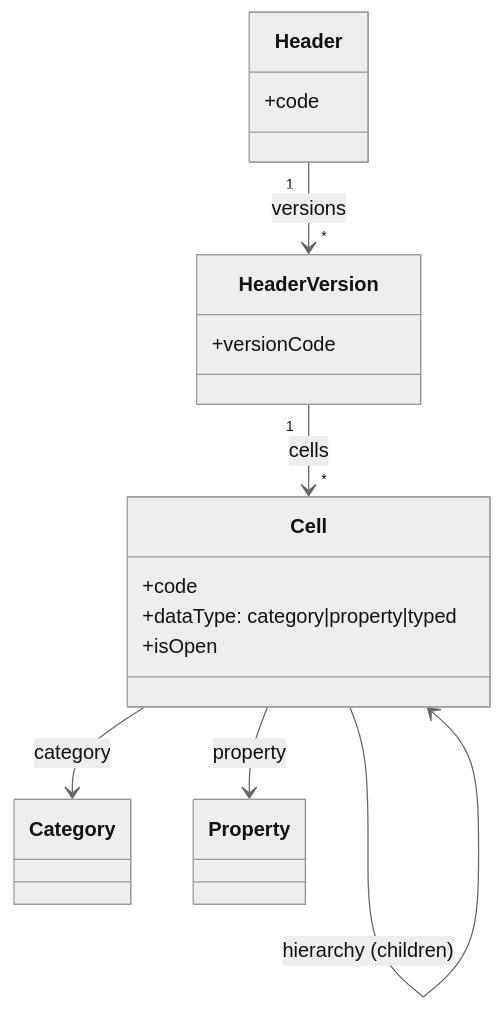
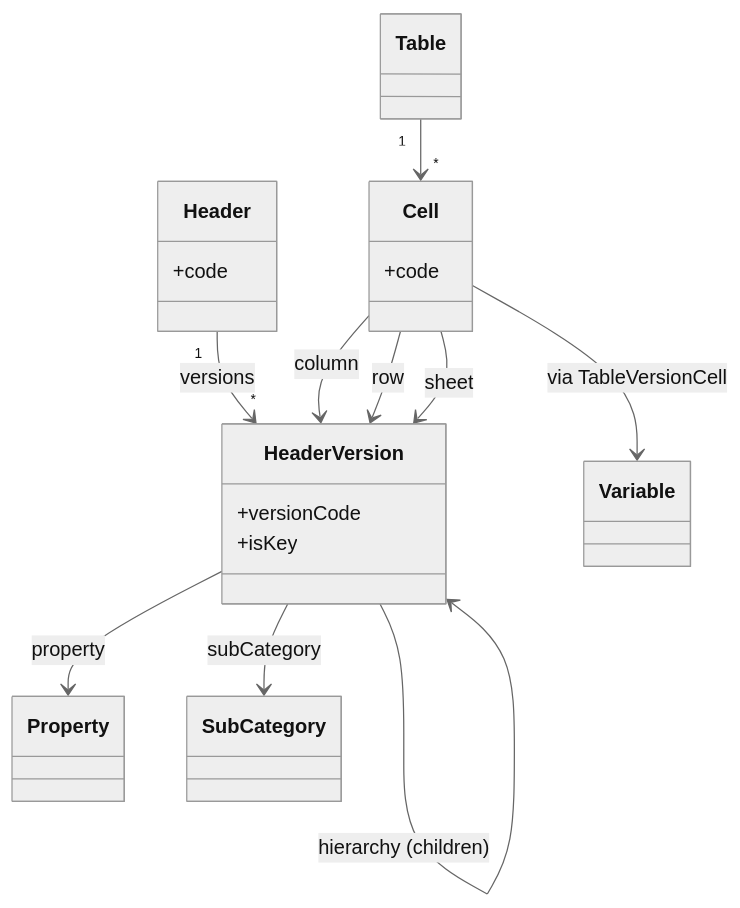
One commit to sdmx-twg/wp-sdmx-dpm changed the eighth of 14 diagrams in docs/models-relationships/02_data_definition/01_data_definition_overview.md. Above: the diagram before and after it, drawn with Mermaid (neutral theme). The commit also changed other lines of this file and 5 other files, not shown here.

First line of the commit message:
docs: correct Cell vs Header conceptual model to match DPM spec

````diff
--- a/docs/models-relationships/02_data_definition/01_data_definition_overview.md
+++ b/docs/models-relationships/02_data_definition/01_data_definition_overview.md
@@ -221,19 +216,22 @@
 ```mermaid
 classDiagram
     class Header {
       +code
     }
     class HeaderVersion {
       +versionCode
+      +isKey
     }
     class Cell {
       +code
-      +dataType: category|property|typed
-      +isOpen
     }
     Header "1" --> "*" HeaderVersion : versions
-    HeaderVersion "1" --> "*" Cell : cells
-    Cell --> Cell : hierarchy (children)
-    Cell --> Category : category
-    Cell --> Property : property
+    HeaderVersion --> HeaderVersion : hierarchy (children)
+    HeaderVersion --> Property : property
+    HeaderVersion --> SubCategory : subCategory
+    Table "1" --> "*" Cell
+    Cell --> HeaderVersion : column
+    Cell --> HeaderVersion : row
+    Cell --> HeaderVersion : sheet
+    Cell --> Variable : via TableVersionCell
 ```
````
